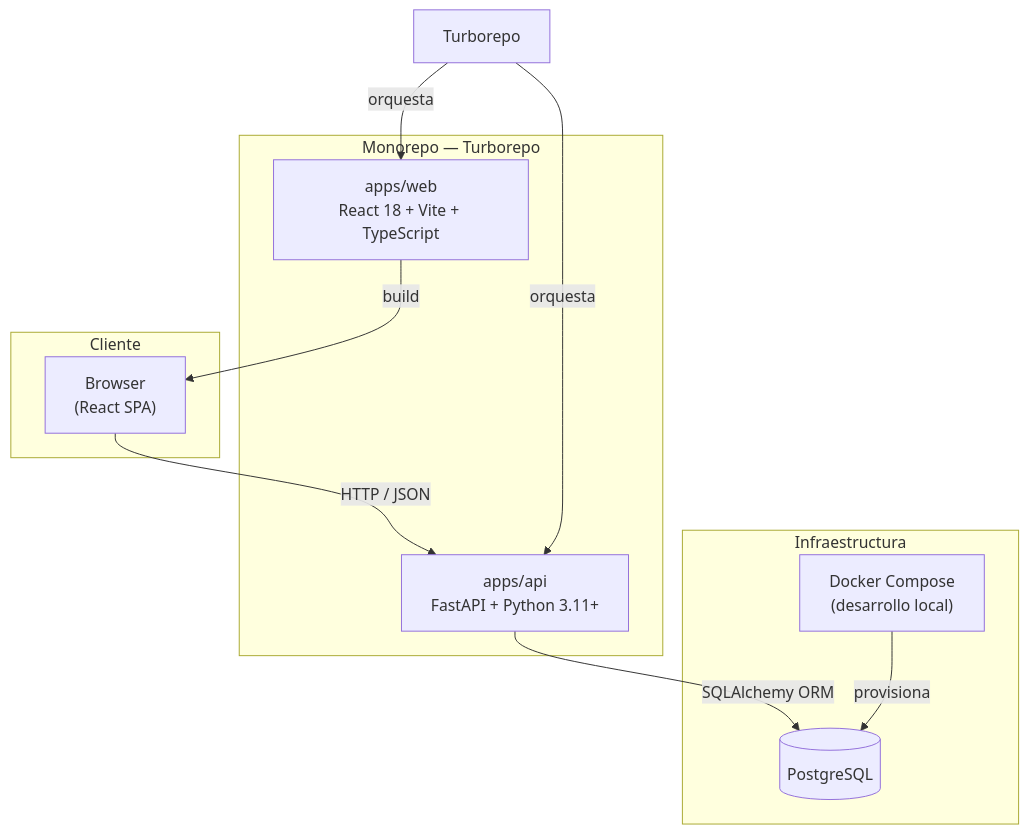
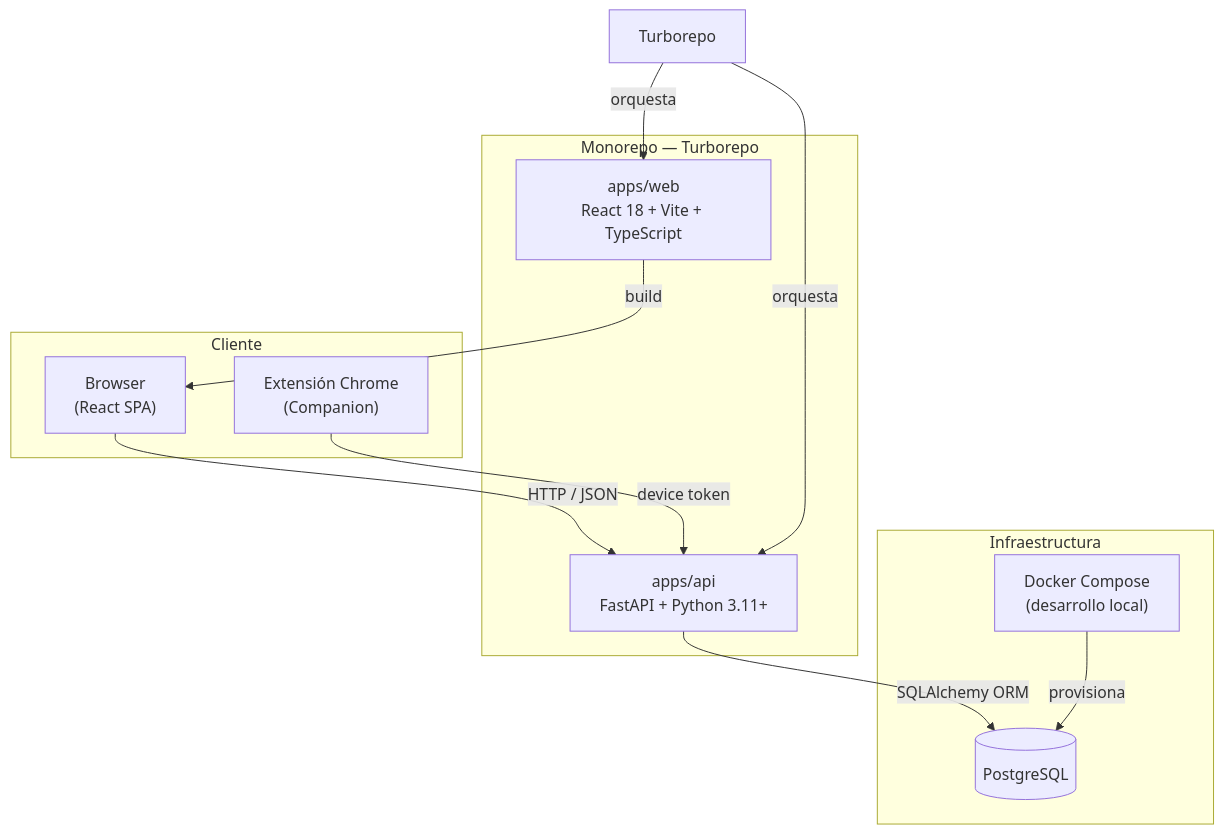
The first of 2 diagrams in docs/architecture/overview.md (marmedsan6/GlyphLog), drawn with Mermaid before and after one commit. The commit also changed other lines of this file and 73 other files, not shown here.

````diff
--- a/docs/architecture/overview.md
+++ b/docs/architecture/overview.md
@@ -13,23 +15,25 @@
 ```mermaid
 graph TD
     subgraph Cliente
         Browser["Browser\n(React SPA)"]
+        Extension["Extensión Chrome\n(Companion)"]
     end
 
     subgraph Monorepo["Monorepo — Turborepo"]
         Web["apps/web\nReact 18 + Vite + TypeScript"]
         API["apps/api\nFastAPI + Python 3.11+"]
     end
 
     subgraph Infraestructura
         DB[("PostgreSQL")]
         Docker["Docker Compose\n(desarrollo local)"]
     end
 
     Browser -->|HTTP / JSON| API
+    Extension -->|device token| API
     Web -->|build| Browser
     API -->|SQLAlchemy ORM| DB
     Docker -->|provisiona| DB
     Turborepo -->|orquesta| Web
     Turborepo -->|orquesta| API
 ```
````
